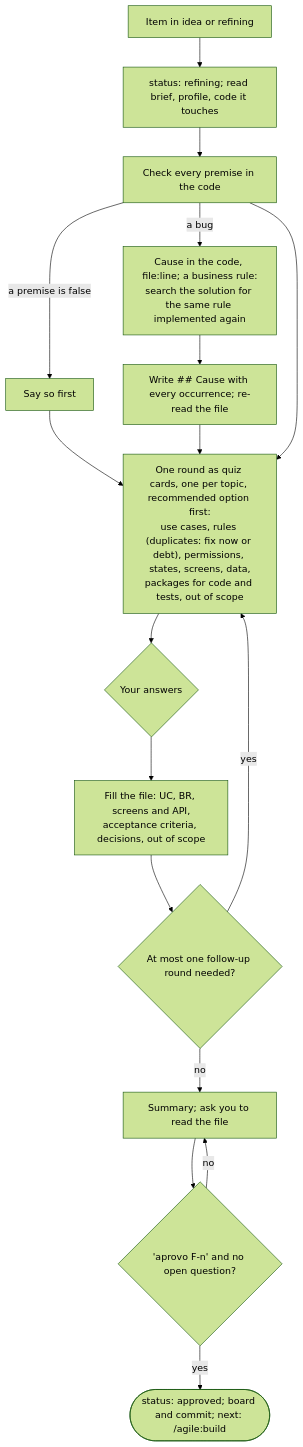
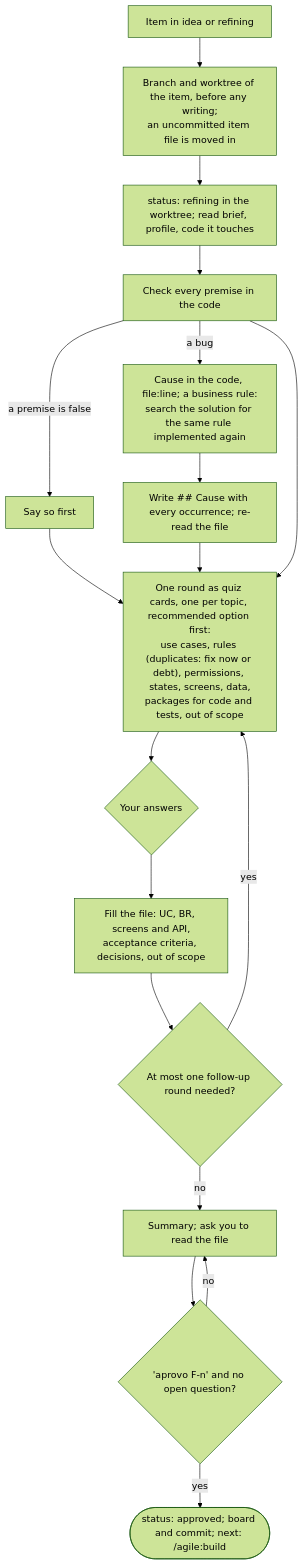
Before and after one commit to alexcanario/simulab: the seventh of 18 diagrams in docs/agile/workflow.md, drawn with Mermaid (forest theme). The commit also changed other lines of this file and 7 other files, not shown here.

````diff
--- a/docs/agile/workflow.md
+++ b/docs/agile/workflow.md
@@ -1203,19 +1232,20 @@
 ```mermaid
 flowchart TD
-    A["Item in idea or refining"] --> B["status: refining; read brief, profile, code it touches"]
+    A["Item in idea or refining"] --> A1["Branch and worktree of the item, before any writing;<br/>an uncommitted item file is moved in"]
+    A1 --> B["status: refining in the worktree; read brief, profile, code it touches"]
     B --> C["Check every premise in the code"]
     C -->|a premise is false| C1["Say so first"]
     C1 --> D
     C -->|a bug| C2["Cause in the code, file:line; a business rule:<br/>search the solution for the same rule implemented again"]
     C2 --> C3["Write ## Cause with every occurrence; re-read the file"]
     C3 --> D
     C --> D["One round as quiz cards, one per topic, recommended option first:<br/>use cases, rules (duplicates: fix now or debt), permissions, states, screens, data,<br/>packages for code and tests, out of scope"]
     D --> E{"Your answers"}
     E --> F["Fill the file: UC, BR, screens and API,<br/>acceptance criteria, decisions, out of scope"]
     F --> G{"At most one follow-up round needed?"}
     G -->|yes| D
     G -->|no| H["Summary; ask you to read the file"]
     H --> I{"'aprovo F-n' and no open question?"}
     I -->|no| H
     I -->|yes| J(["status: approved; board and commit; next: /agile:build"])
 ```
````
